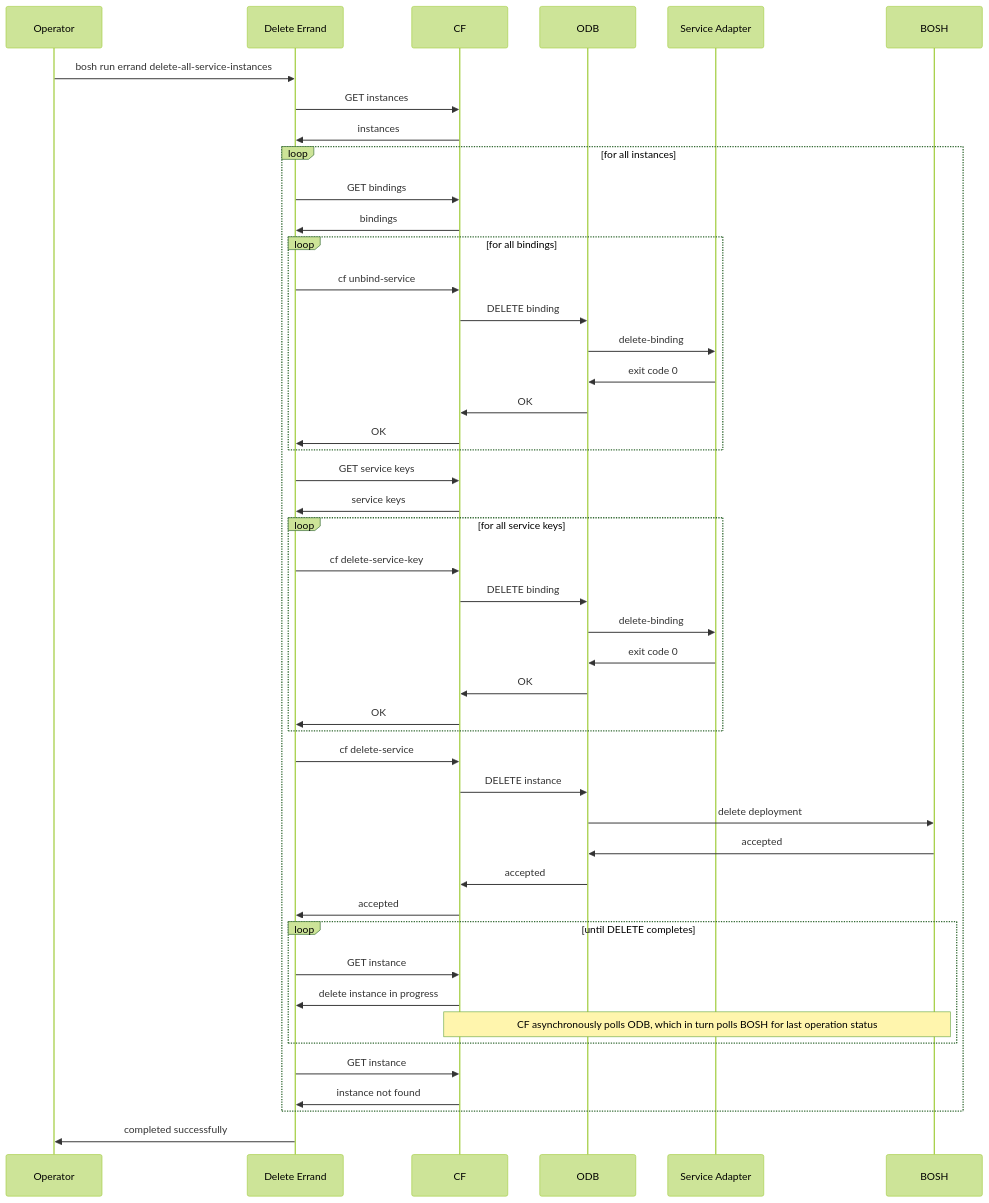
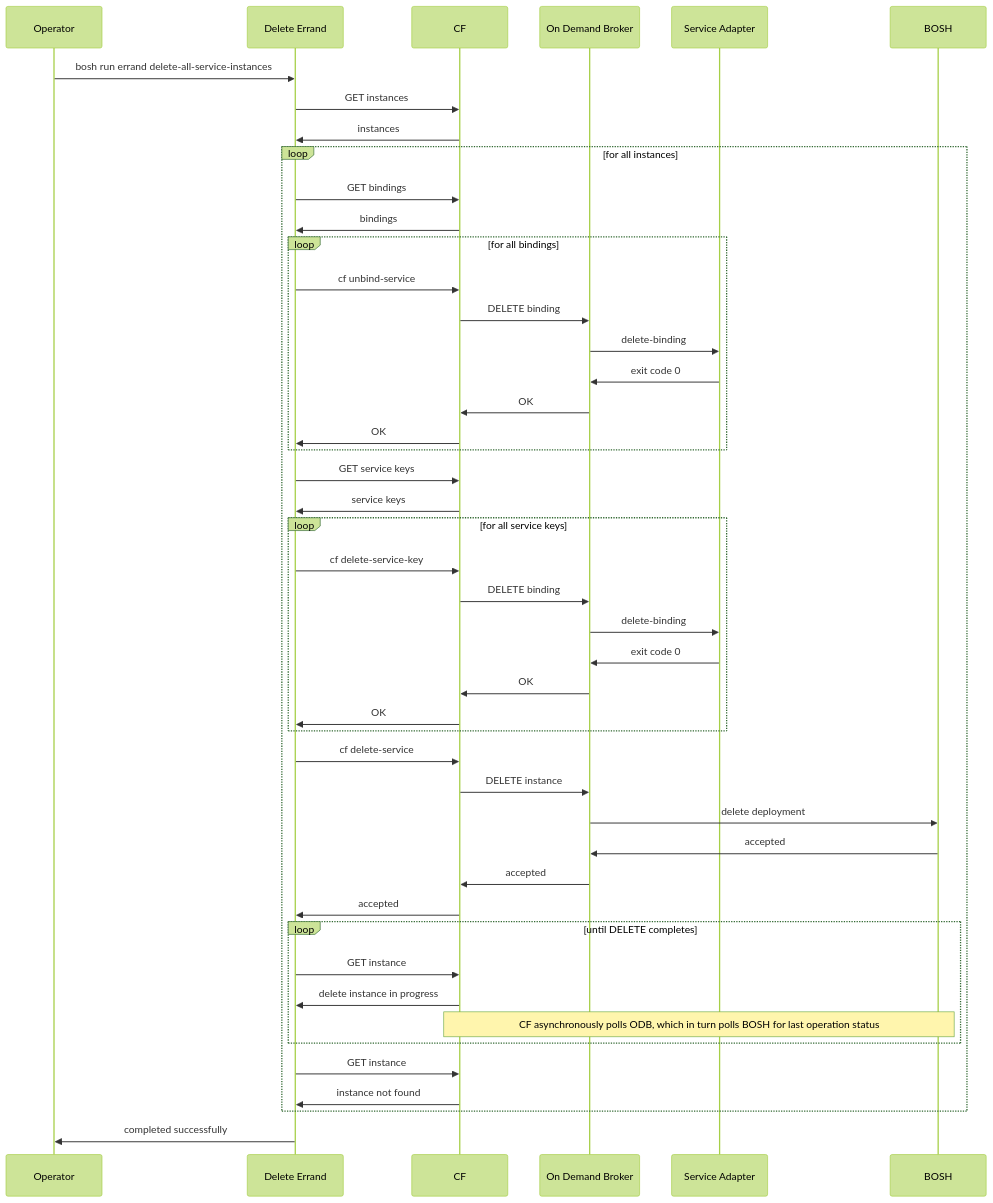
Before and after one commit to pivotal-cf/docs-on-demand-service-broker: the diagram in mmd/delete_all_instances_workflow.mmd, drawn with Mermaid (forest theme). The commit also changed 6 other files, not shown here.

```diff
--- a/mmd/delete_all_instances_workflow.mmd
+++ b/mmd/delete_all_instances_workflow.mmd
@@ -1,42 +1,42 @@
 <div class="mermaid">
 sequenceDiagram
   Operator->>Delete Errand:bosh run errand delete-all-service-instances
   Delete Errand->>CF:GET instances
   CF->>Delete Errand:instances
   loop for all instances
     Delete Errand->>CF:GET bindings
     CF->>Delete Errand:bindings
     loop for all bindings
     Delete Errand->>CF:cf unbind-service
-      CF->>ODB: DELETE binding
-      ODB->>Service Adapter:delete-binding
-      Service Adapter->>ODB:exit code 0
-      ODB->>CF:OK
+      CF->>On Demand Broker: DELETE binding
+      On Demand Broker->>Service Adapter:delete-binding
+      Service Adapter->>On Demand Broker:exit code 0
+      On Demand Broker->>CF:OK
       CF->>Delete Errand:OK
     end
     Delete Errand->>CF:GET service keys
     CF->>Delete Errand:service keys
     loop for all service keys
     Delete Errand->>CF:cf delete-service-key
-      CF->>ODB: DELETE binding
-      ODB->>Service Adapter:delete-binding
-      Service Adapter->>ODB:exit code 0
-      ODB->>CF:OK
+      CF->>On Demand Broker: DELETE binding
+      On Demand Broker->>Service Adapter:delete-binding
+      Service Adapter->>On Demand Broker:exit code 0
+      On Demand Broker->>CF:OK
       CF->>Delete Errand:OK
     end
     Delete Errand->>CF:cf delete-service
-    CF->>ODB:DELETE instance
-    ODB->>BOSH:delete deployment
-    BOSH->>ODB:accepted
-    ODB->>CF:accepted
+    CF->>On Demand Broker:DELETE instance
+    On Demand Broker->>BOSH:delete deployment
+    BOSH->>On Demand Broker:accepted
+    On Demand Broker->>CF:accepted
     CF->>Delete Errand:accepted
     loop until DELETE completes
       Delete Errand->>CF:GET instance
       CF->>Delete Errand:delete instance in progress
       Note over CF,BOSH: CF asynchronously polls ODB, which in turn polls BOSH for last operation status
     end
     Delete Errand->>CF:GET instance
     CF->>Delete Errand:instance not found
   end
   Delete Errand->>Operator:completed successfully
 </div>
```
